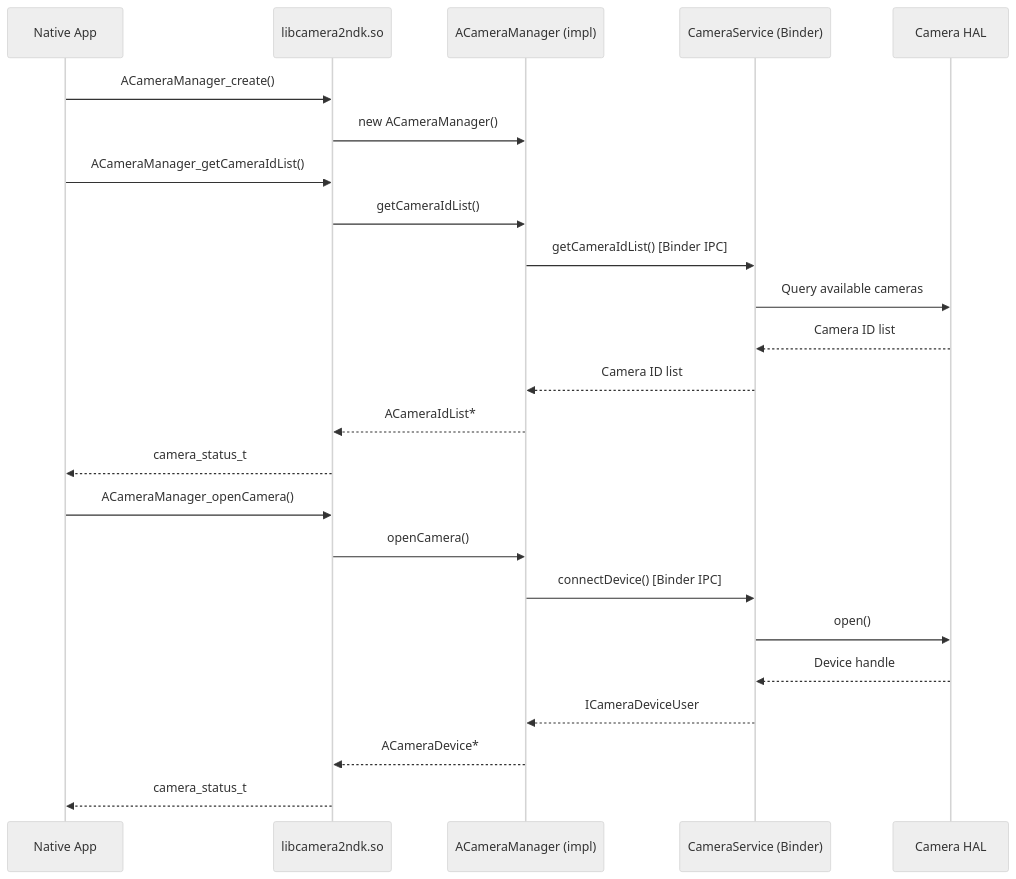
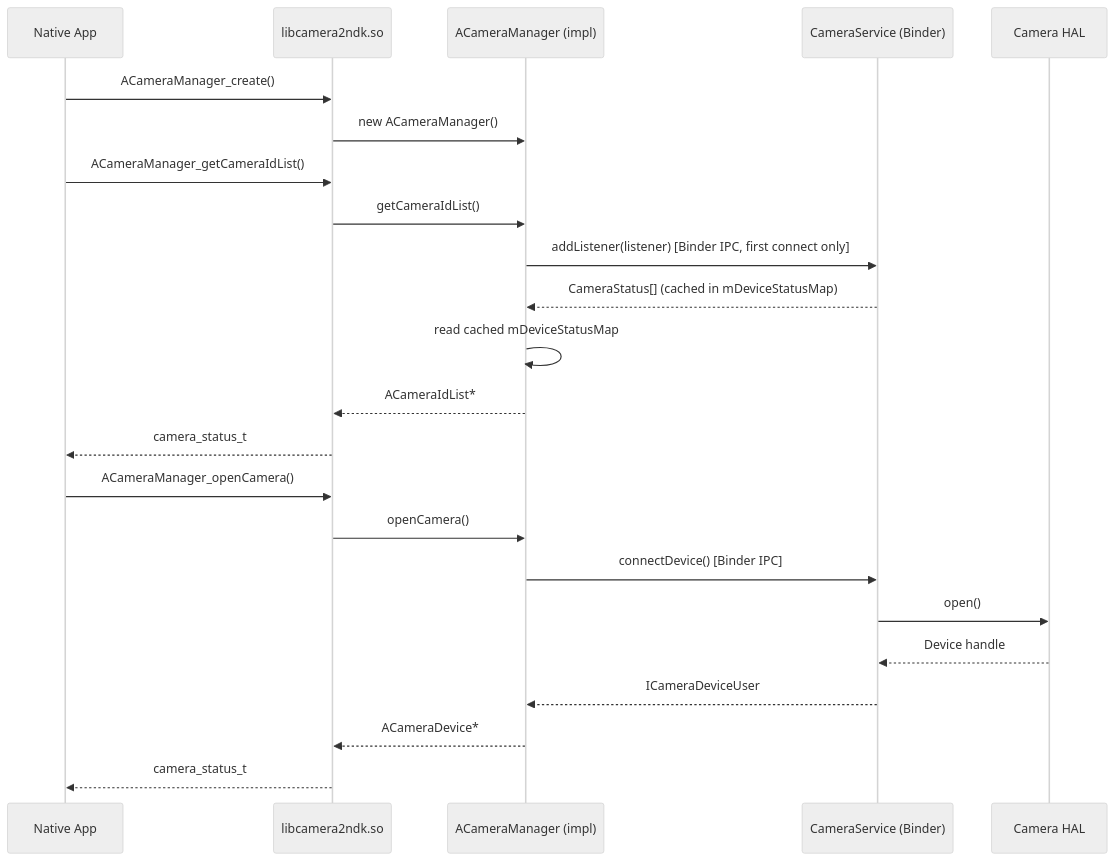
Diagram 11 of 17 in agents/claude/skills/aosp-native-foundation/11-ndk.md (aospbooks/aosp-internal-book), drawn with Mermaid (neutral theme) before and after one commit. The commit also changed other lines of this file and 218 other files, not shown here.

````diff
--- a/agents/claude/skills/aosp-native-foundation/11-ndk.md
+++ b/agents/claude/skills/aosp-native-foundation/11-ndk.md
@@ -1873,29 +1899,28 @@
 ```mermaid
 sequenceDiagram
     participant App as Native App
     participant CNDK as libcamera2ndk.so
     participant Impl as ACameraManager (impl)
     participant CS as CameraService (Binder)
     participant HAL as Camera HAL
 
     App->>CNDK: ACameraManager_create()
     CNDK->>Impl: new ACameraManager()
 
     App->>CNDK: ACameraManager_getCameraIdList()
     CNDK->>Impl: getCameraIdList()
-    Impl->>CS: getCameraIdList() [Binder IPC]
-    CS->>HAL: Query available cameras
-    HAL-->>CS: Camera ID list
-    CS-->>Impl: Camera ID list
+    Impl->>CS: addListener(listener) [Binder IPC, first connect only]
+    CS-->>Impl: CameraStatus[] (cached in mDeviceStatusMap)
+    Impl->>Impl: read cached mDeviceStatusMap
     Impl-->>CNDK: ACameraIdList*
     CNDK-->>App: camera_status_t
 
     App->>CNDK: ACameraManager_openCamera()
     CNDK->>Impl: openCamera()
     Impl->>CS: connectDevice() [Binder IPC]
     CS->>HAL: open()
     HAL-->>CS: Device handle
     CS-->>Impl: ICameraDeviceUser
     Impl-->>CNDK: ACameraDevice*
     CNDK-->>App: camera_status_t
 ```
````
